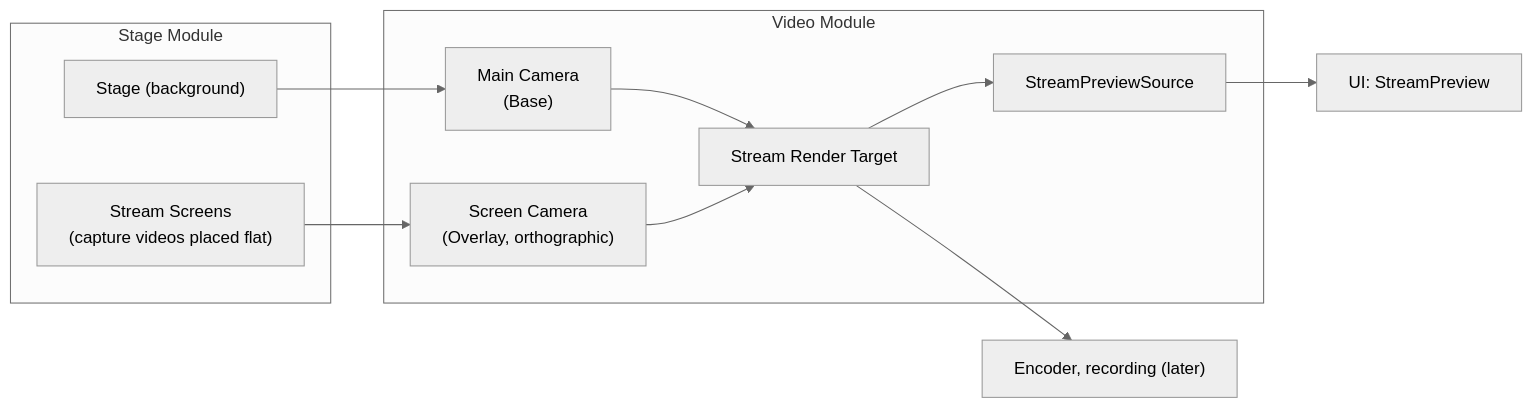
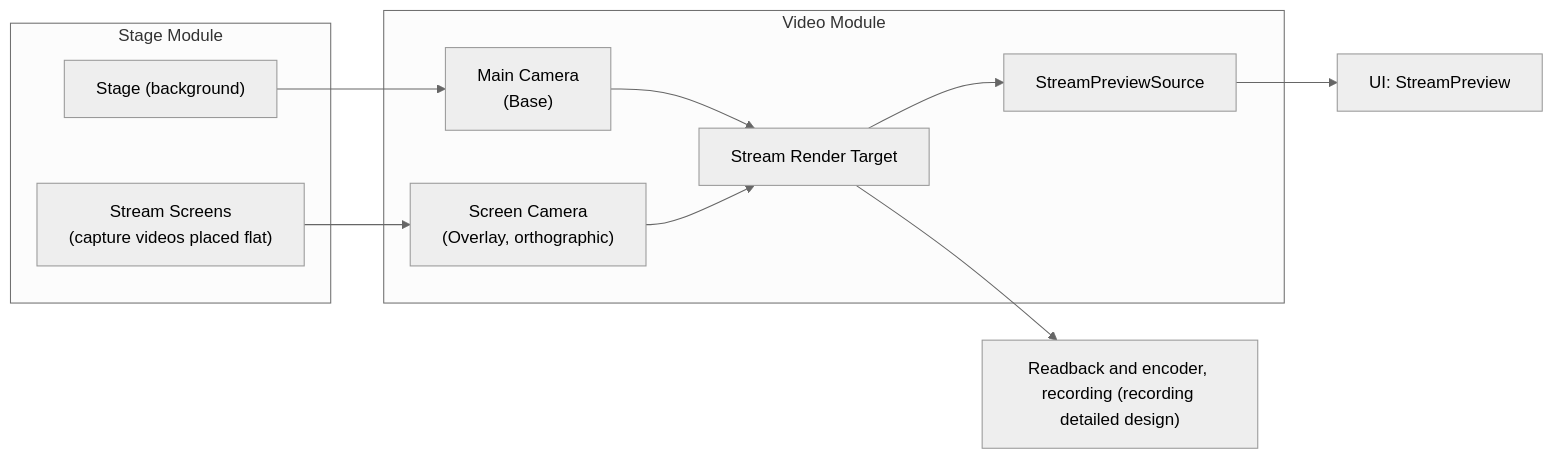
One commit to Yupopyoi/virtual-vessel-studio changed the diagram in docs/en/detailed-design/video.md. Above: the diagram before and after it, drawn with Mermaid (neutral theme). The commit also changed other lines of this file and 9 other files, not shown here.

````diff
--- a/docs/en/detailed-design/video.md
+++ b/docs/en/detailed-design/video.md
@@ -33,22 +33,22 @@
 ```mermaid
 flowchart LR
     subgraph Stage["Stage Module"]
         Env["Stage (background)"]
         Screens["Stream Screens<br/>(capture videos placed flat)"]
     end
 
     subgraph Video["Video Module"]
         Main["Main Camera<br/>(Base)"]
         ScreenCam["Screen Camera<br/>(Overlay, orthographic)"]
         RT["Stream Render Target"]
         Preview["StreamPreviewSource"]
     end
 
     Env --> Main
     Screens --> ScreenCam
     Main --> RT
     ScreenCam --> RT
     RT --> Preview
     Preview --> UI["UI: StreamPreview"]
-    RT --> Encoder["Encoder, recording (later)"]
+    RT --> Encoder["Readback and encoder, recording (recording detailed design)"]
 ```
````
